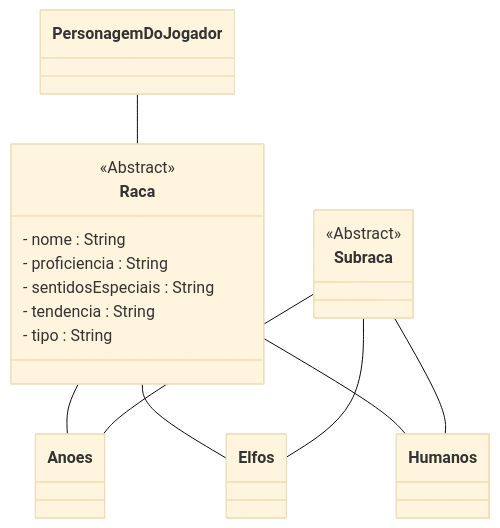
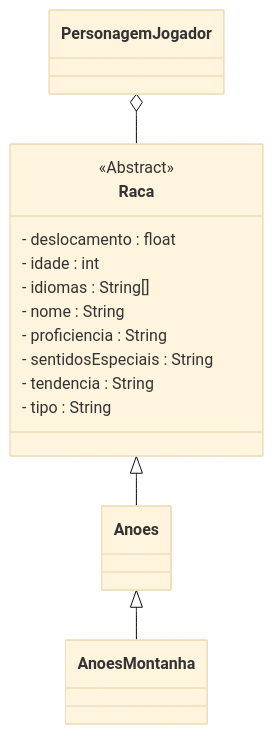
One commit to SirGanB/nio-website changed the diagram in docs/generator/Raca/raca.md. Above: the diagram before and after it, drawn with Mermaid (base theme). The commit also changed 8 other files, not shown here.

````diff
--- a/docs/generator/Raca/raca.md
+++ b/docs/generator/Raca/raca.md
@@ -43,21 +43,18 @@
 ```mermaid
 classDiagram
-    PersonagemDoJogador -- Raca
-    Raca -- Anoes
-    Raca -- Elfos
-    Raca -- Humanos
+    PersonagemJogador o-- Raca
+        Raca <|-- Anoes
+            Anoes <|-- AnoesMontanha
+
     <<Abstract>> Raca
-
-    Subraca -- Anoes
-    Subraca -- Elfos
-    Subraca -- Humanos
-    <<Abstract>> Subraca
-
     class Raca {
+        - deslocamento : float
+        - idade : int
+        - idiomas : String[]
         - nome : String
         - proficiencia : String
         - sentidosEspeciais : String
         - tendencia : String
         - tipo : String
     }
 ```
````
